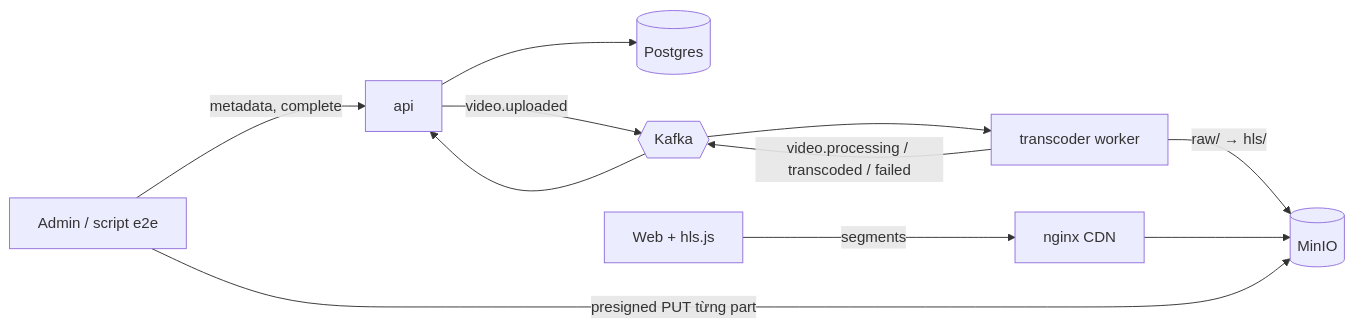
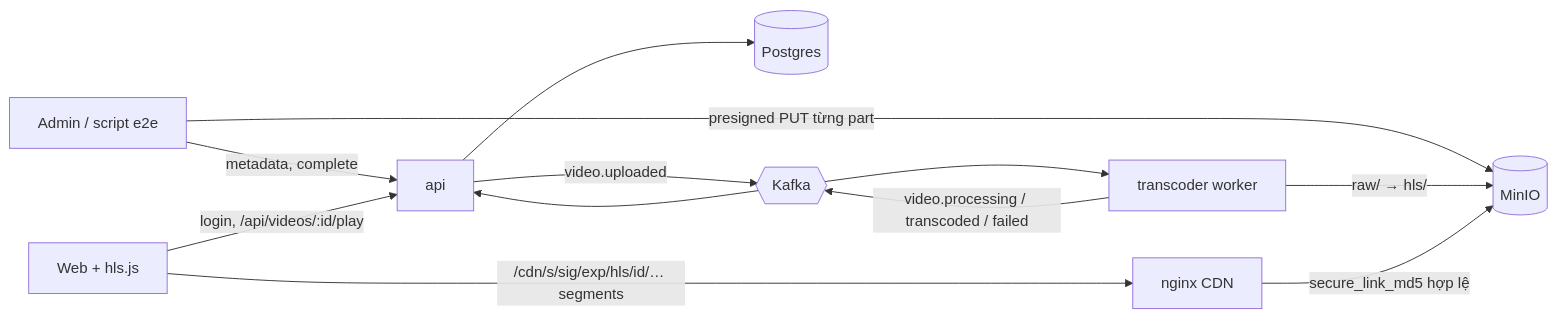
One commit to doba202/streaming-vod changed the diagram in docs/architecture.md. Above: the diagram before and after it, drawn with Mermaid. The commit also changed other lines of this file and 8 other files, not shown here.

````diff
--- a/docs/architecture.md
+++ b/docs/architecture.md
@@ -7,13 +7,14 @@
 ```mermaid
 flowchart LR
   Admin[Admin / script e2e] -->|metadata, complete| API[api]
   Admin -->|presigned PUT từng part| S3[(MinIO)]
   API --> PG[(Postgres)]
   API -->|video.uploaded| K{{Kafka}}
   K --> T[transcoder worker]
   T -->|raw/ → hls/| S3
   T -->|video.processing / transcoded / failed| K
   K --> API
-  Viewer[Web + hls.js] -->|segments| N[nginx CDN]
-  N --> S3
+  Viewer[Web + hls.js] -->|login, /api/videos/:id/play| API
+  Viewer -->|/cdn/s/sig/exp/hls/id/… segments| N[nginx CDN]
+  N -->|secure_link_md5 hợp lệ| S3
 ```
````
